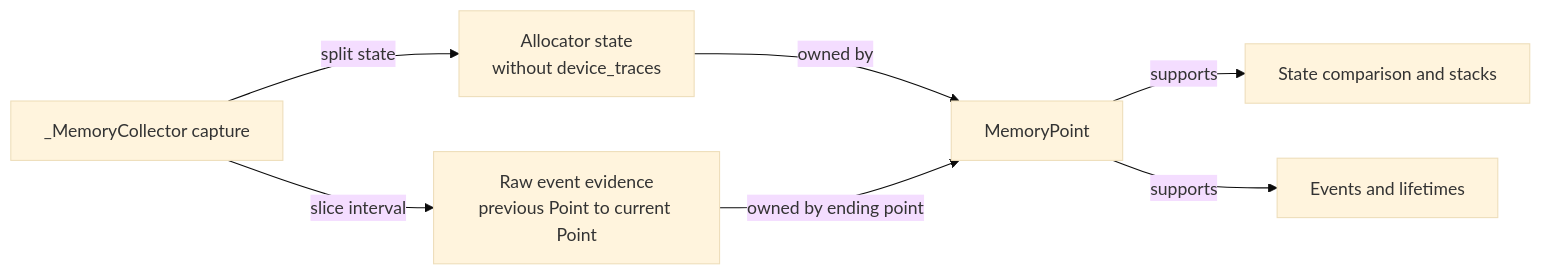
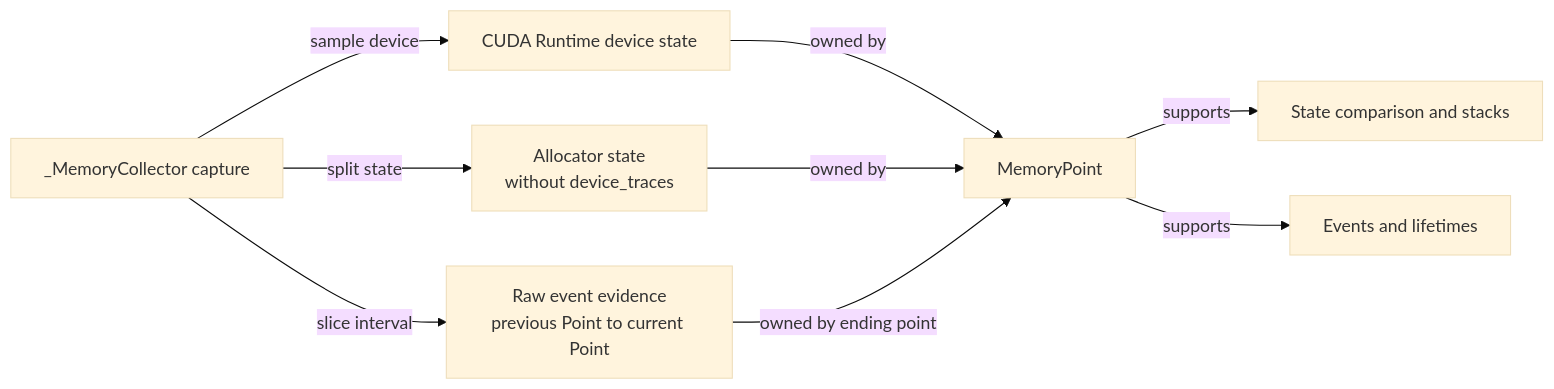
The fourth of 4 diagrams in docs/architecture.md (buptzyb/torch-cudagraph-debug), drawn with Mermaid (base theme) before and after one commit. The commit also changed other lines of this file and 29 other files, not shown here.

First line of the commit message:
Record device-wide CUDA Runtime memory next to every allocator snapshot

````diff
--- a/docs/architecture.md
+++ b/docs/architecture.md
@@ -172,9 +180,11 @@
 ```mermaid
 flowchart LR
     C["_MemoryCollector capture"] -->|split state| S["Allocator state<br/>without device_traces"]
     C -->|slice interval| E["Raw event evidence<br/>previous Point to current Point"]
+    C -->|sample device| D["CUDA Runtime device state"]
+    D -->|owned by| P
     S -->|owned by| P["MemoryPoint"]
     E -->|owned by ending point| P
     P -->|supports| SA["State comparison and stacks"]
     P -->|supports| EA["Events and lifetimes"]
 ```
````
